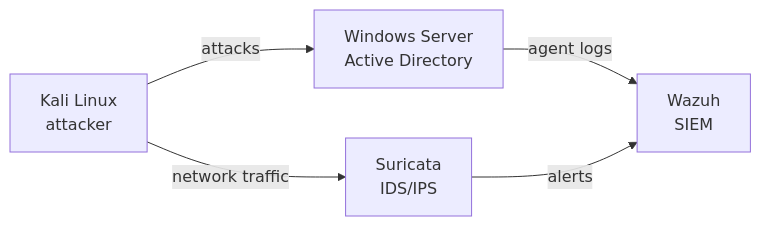
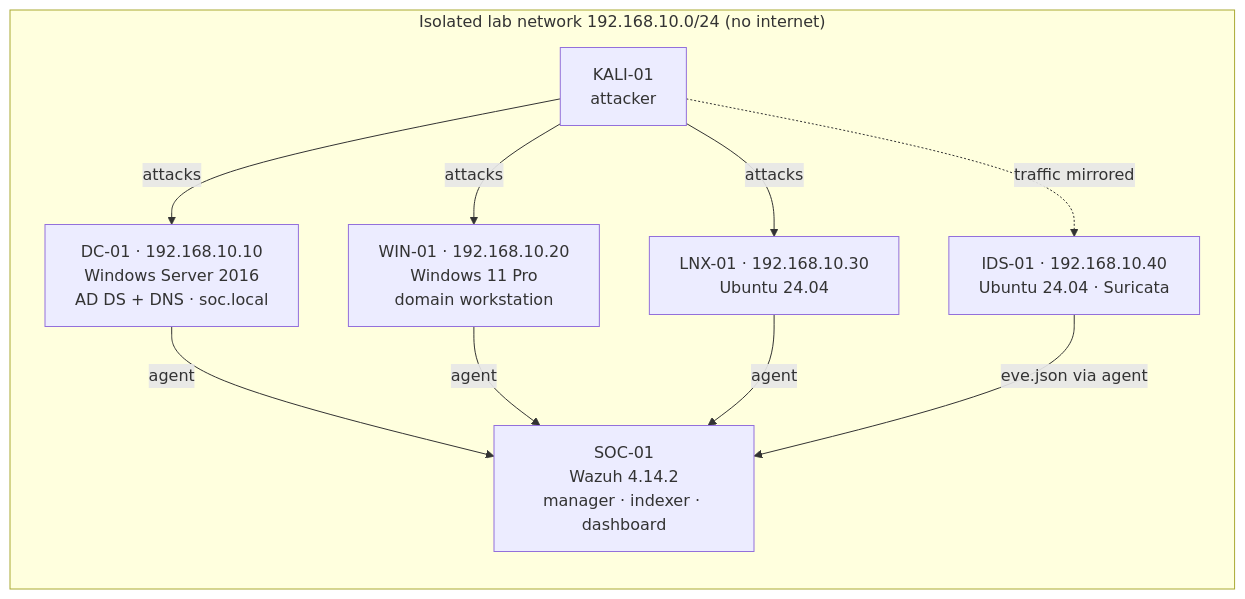
One commit to Yassine-ElJide/soc-home-lab changed the diagram in README.md. Above: the diagram before and after it, drawn with Mermaid. The commit also changed other lines of this file, not shown here.

````diff
--- a/README.md
+++ b/README.md
@@ -6,7 +10,19 @@
 ```mermaid
 flowchart LR
-  K[Kali Linux<br>attacker] -->|attacks| W[Windows Server<br>Active Directory]
-  K -->|network traffic| S[Suricata<br>IDS/IPS]
-  W -->|agent logs| Z[Wazuh<br>SIEM]
-  S -->|alerts| Z
+  subgraph NET["Isolated lab network 192.168.10.0/24 (no internet)"]
+    K[KALI-01<br>attacker]
+    DC[DC-01 · 192.168.10.10<br>Windows Server 2016<br>AD DS + DNS · soc.local]
+    W[WIN-01 · 192.168.10.20<br>Windows 11 Pro<br>domain workstation]
+    L[LNX-01 · 192.168.10.30<br>Ubuntu 24.04]
+    IDS[IDS-01 · 192.168.10.40<br>Ubuntu 24.04 · Suricata]
+    SOC[SOC-01<br>Wazuh 4.14.2<br>manager · indexer · dashboard]
+  end
+  K -->|attacks| DC
+  K -->|attacks| W
+  K -->|attacks| L
+  K -. traffic mirrored .-> IDS
+  DC -->|agent| SOC
+  W -->|agent| SOC
+  L -->|agent| SOC
+  IDS -->|eve.json via agent| SOC
 ```
````
